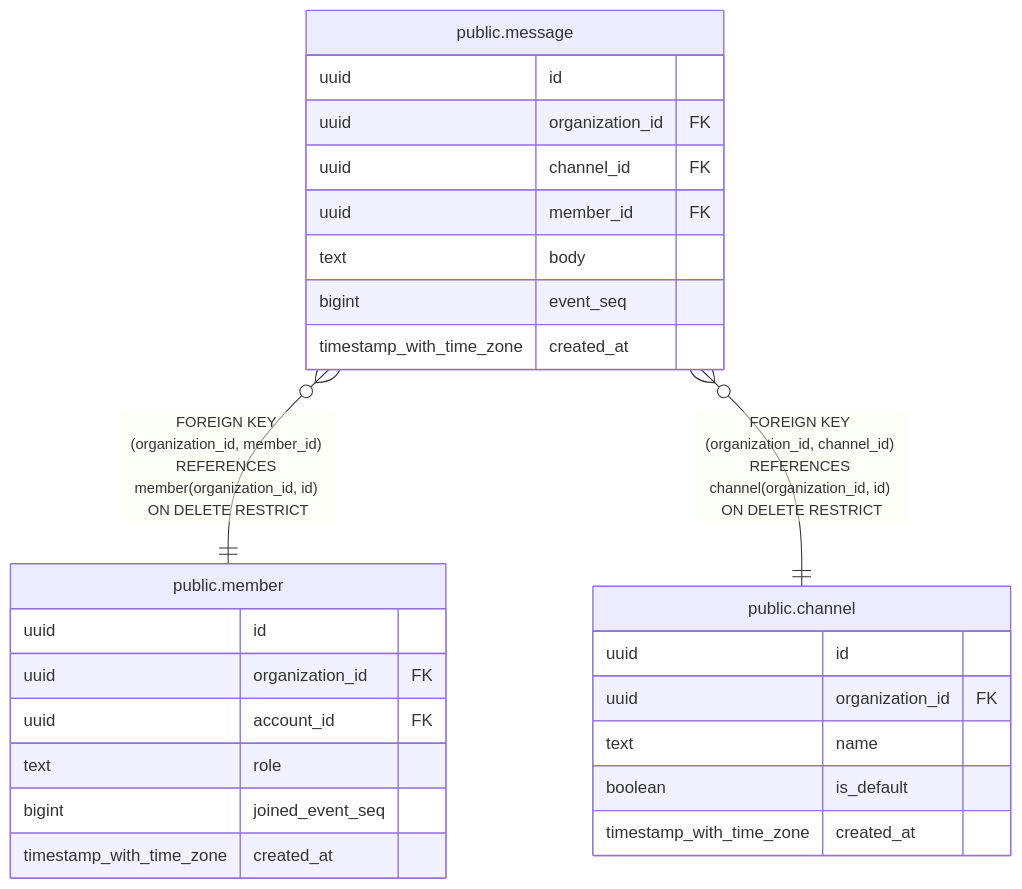
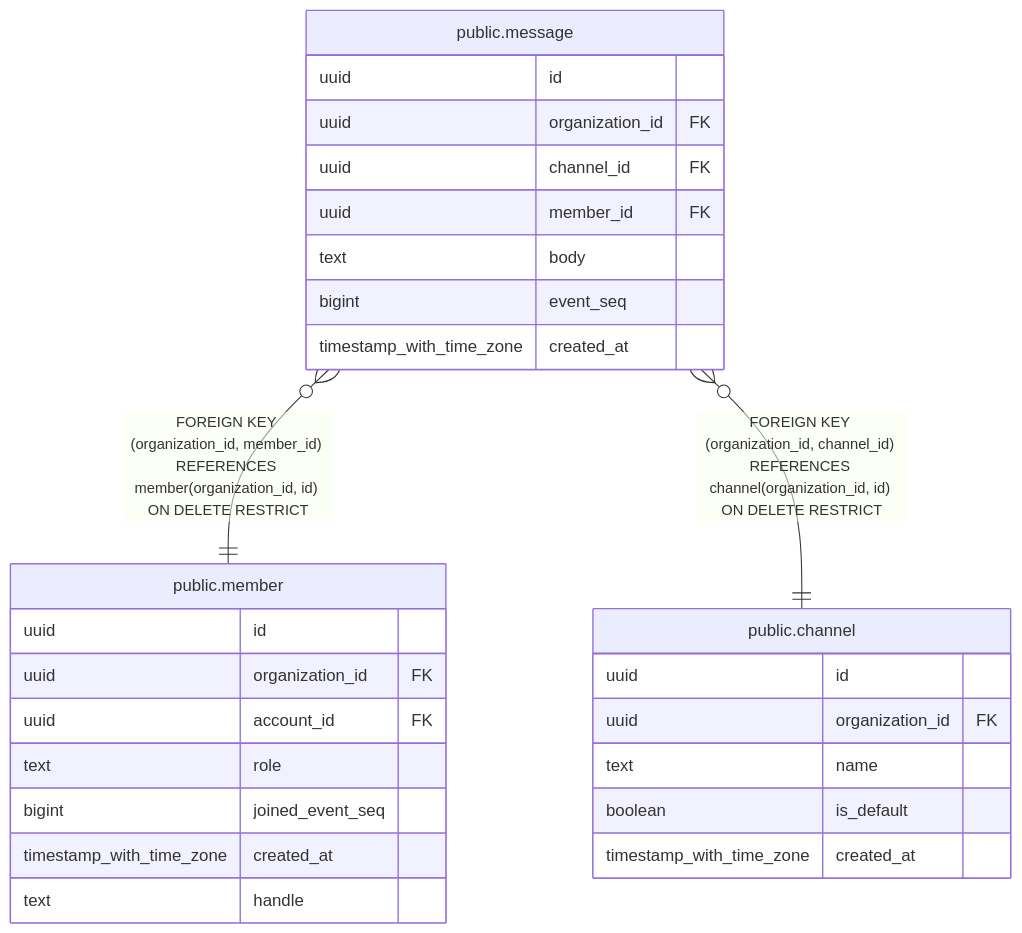
The diagram in docs/schema/public.message.md (tkakkie/ribbitto), drawn with Mermaid before and after one commit. The commit also changed other lines of this file, not shown here.

Commit message:
docs: regenerate the schema reference for the message body check

````diff
--- a/docs/schema/public.message.md
+++ b/docs/schema/public.message.md
@@ -45,31 +45,32 @@
 ```mermaid
 erDiagram
 
 "public.message" }o--|| "public.member" : "FOREIGN KEY (organization_id, member_id) REFERENCES member(organization_id, id) ON DELETE RESTRICT"
 "public.message" }o--|| "public.channel" : "FOREIGN KEY (organization_id, channel_id) REFERENCES channel(organization_id, id) ON DELETE RESTRICT"
 
 "public.message" {
   uuid id
   uuid organization_id FK
   uuid channel_id FK
   uuid member_id FK
   text body
   bigint event_seq
   timestamp_with_time_zone created_at
 }
 "public.member" {
   uuid id
   uuid organization_id FK
   uuid account_id FK
   text role
   bigint joined_event_seq
   timestamp_with_time_zone created_at
+  text handle
 }
 "public.channel" {
   uuid id
   uuid organization_id FK
   text name
   boolean is_default
   timestamp_with_time_zone created_at
 }
 ```
````
